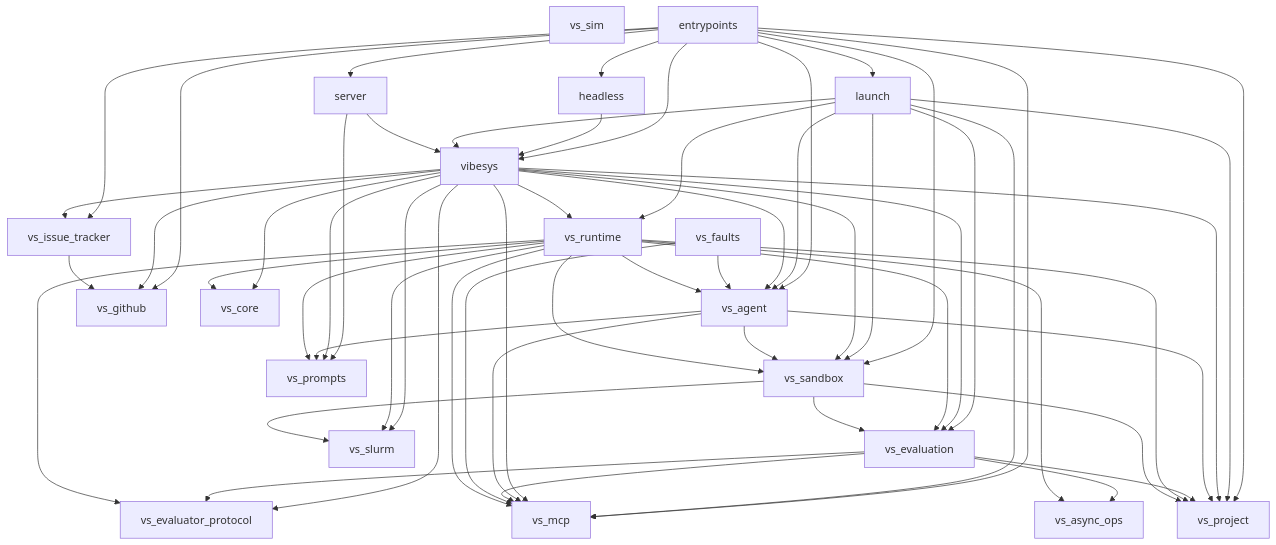
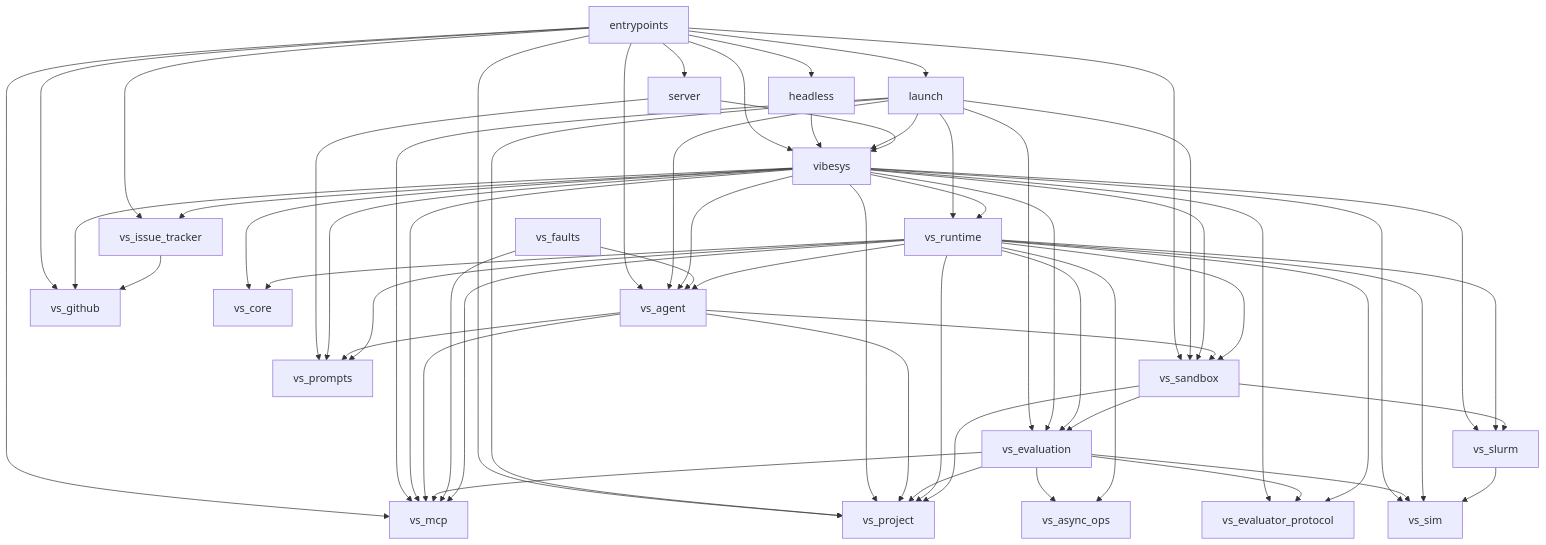
One commit to uw-syfi/vibesys changed the diagram in docs/contributing/architecture.md. Above: the diagram before and after it, drawn with Mermaid. The commit also changed 41 other files, not shown here.

````diff
--- a/docs/contributing/architecture.md
+++ b/docs/contributing/architecture.md
@@ -104,60 +104,63 @@
 ```mermaid
 graph TD
-    vs_sim
     entrypoints --> headless
     entrypoints --> launch
     entrypoints --> server
     entrypoints --> vibesys
     entrypoints --> vs_agent
     entrypoints --> vs_github
     entrypoints --> vs_issue_tracker
     entrypoints --> vs_mcp
     entrypoints --> vs_project
     entrypoints --> vs_sandbox
     headless --> vibesys
     launch --> vibesys
     launch --> vs_agent
     launch --> vs_evaluation
     launch --> vs_mcp
     launch --> vs_project
     launch --> vs_runtime
     launch --> vs_sandbox
     server --> vibesys
     server --> vs_prompts
     vibesys --> vs_agent
     vibesys --> vs_core
     vibesys --> vs_evaluation
     vibesys --> vs_evaluator_protocol
     vibesys --> vs_github
     vibesys --> vs_issue_tracker
     vibesys --> vs_mcp
     vibesys --> vs_project
     vibesys --> vs_prompts
     vibesys --> vs_runtime
     vibesys --> vs_sandbox
+    vibesys --> vs_sim
     vibesys --> vs_slurm
     vs_agent --> vs_mcp
     vs_agent --> vs_project
     vs_agent --> vs_prompts
     vs_agent --> vs_sandbox
     vs_evaluation --> vs_async_ops
     vs_evaluation --> vs_evaluator_protocol
     vs_evaluation --> vs_mcp
     vs_evaluation --> vs_project
+    vs_evaluation --> vs_sim
     vs_faults --> vs_agent
     vs_faults --> vs_mcp
     vs_issue_tracker --> vs_github
     vs_runtime --> vs_agent
     vs_runtime --> vs_async_ops
     vs_runtime --> vs_core
     vs_runtime --> vs_evaluation
     vs_runtime --> vs_evaluator_protocol
     vs_runtime --> vs_mcp
     vs_runtime --> vs_project
     vs_runtime --> vs_prompts
     vs_runtime --> vs_sandbox
+    vs_runtime --> vs_sim
     vs_runtime --> vs_slurm
     vs_sandbox --> vs_evaluation
     vs_sandbox --> vs_project
     vs_sandbox --> vs_slurm
+    vs_slurm --> vs_sim
 ```
````
